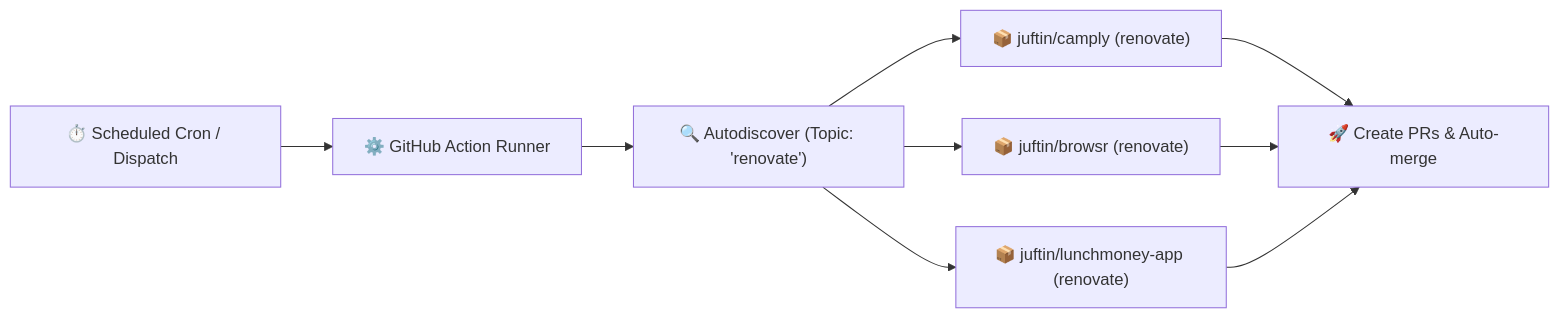
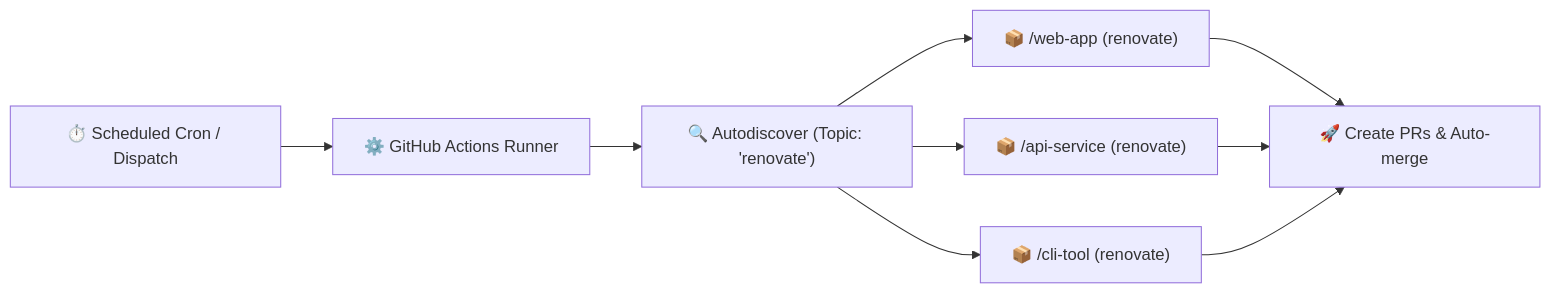
The diagram in README.md (juftin/renovate), drawn with Mermaid before and after one commit. The commit also changed other lines of this file and 8 other files, not shown here.

````diff
--- a/README.md
+++ b/README.md
@@ -24,11 +23,11 @@
 ```mermaid
 flowchart LR
-    A["⏱️ Scheduled Cron / Dispatch"] --> B["⚙️ GitHub Action Runner"]
+    A["⏱️ Scheduled Cron / Dispatch"] --> B["⚙️ GitHub Actions Runner"]
     B --> C["🔍 Autodiscover (Topic: 'renovate')"]
-    C --> D["📦 juftin/camply (renovate)"]
-    C --> E["📦 juftin/browsr (renovate)"]
-    C --> F["📦 juftin/lunchmoney-app (renovate)"]
+    C --> D["📦 <owner>/web-app (renovate)"]
+    C --> E["📦 <owner>/api-service (renovate)"]
+    C --> F["📦 <owner>/cli-tool (renovate)"]
     D --> G["🚀 Create PRs & Auto-merge"]
     E --> G
     F --> G
 ```
````
